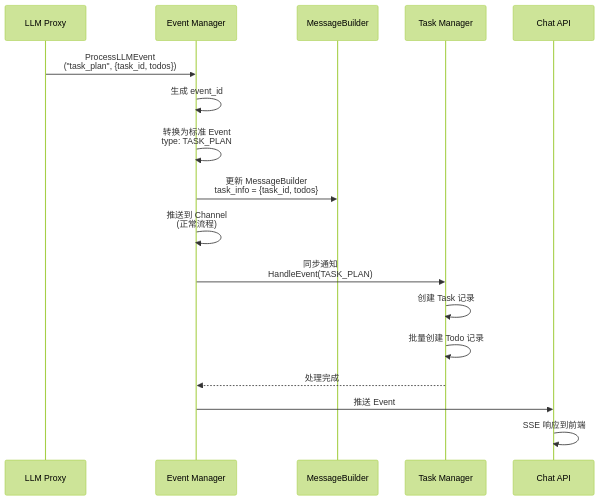
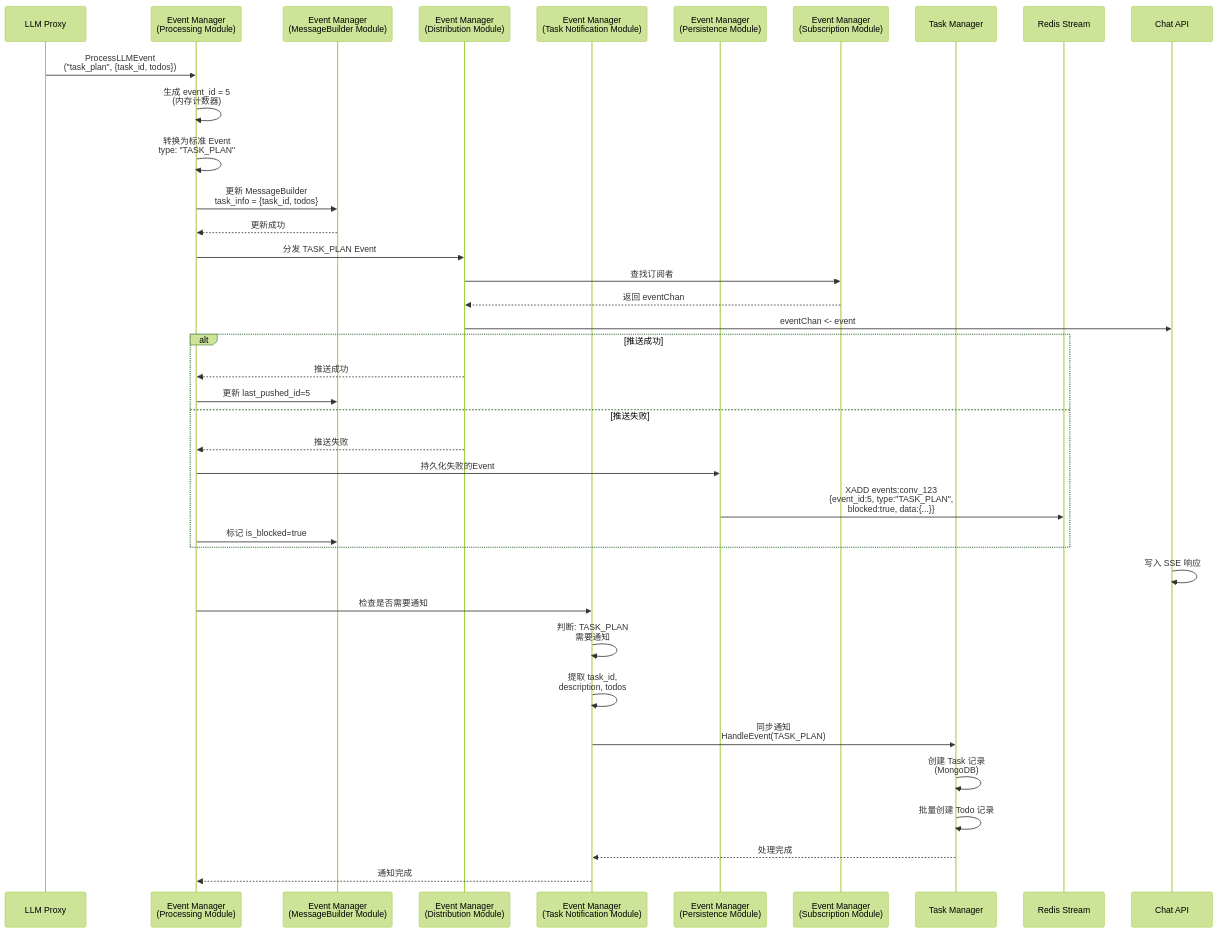
One commit to yingjianzh/iodraw-files changed the diagram in all/未命名-10.md. Above: the diagram before and after it, drawn with Mermaid (forest theme).

Commit message:
2025-12-24 11:12:51 update

````diff
--- a/all/未命名-10.md
+++ b/all/未命名-10.md
@@ -1,25 +1,51 @@
 ```mermaid
 sequenceDiagram
     participant LLMProxy as LLM Proxy
-    participant EventMgr as Event Manager
-    participant Builder as MessageBuilder
+    participant ProcMod as Event Manager<br/>(Processing Module)
+    participant BuilderMod as Event Manager<br/>(MessageBuilder Module)
+    participant DistribMod as Event Manager<br/>(Distribution Module)
+    participant TaskNotifMod as Event Manager<br/>(Task Notification Module)
+    participant PersistMod as Event Manager<br/>(Persistence Module)
+    participant SubMod as Event Manager<br/>(Subscription Module)
     participant TaskMgr as Task Manager
+    participant Redis as Redis Stream
     participant ChatAPI as Chat API
 
-    LLMProxy->>EventMgr: ProcessLLMEvent<br/>("task_plan", {task_id, todos})
+    LLMProxy->>ProcMod: ProcessLLMEvent<br/>("task_plan", {task_id, todos})
 
-    EventMgr->>EventMgr: 生成 event_id
-    EventMgr->>EventMgr: 转换为标准 Event<br/>type: TASK_PLAN
+    ProcMod->>ProcMod: 生成 event_id = 5<br/>(内存计数器)
     
-    EventMgr->>Builder: 更新 MessageBuilder<br/>task_info = {task_id, todos}
+    ProcMod->>ProcMod: 转换为标准 Event<br/>type: "TASK_PLAN"
     
-    EventMgr->>EventMgr: 推送到 Channel<br/>(正常流程)
+    ProcMod->>BuilderMod: 更新 MessageBuilder<br/>task_info = {task_id, todos}
+    BuilderMod-->>ProcMod: 更新成功
     
-    EventMgr->>TaskMgr: 同步通知<br/>HandleEvent(TASK_PLAN)
-    TaskMgr->>TaskMgr: 创建 Task 记录
+    ProcMod->>DistribMod: 分发 TASK_PLAN Event
+    DistribMod->>SubMod: 查找订阅者
+    SubMod-->>DistribMod: 返回 eventChan
+    DistribMod->>ChatAPI: eventChan <- event
+    
+    alt 推送成功
+        DistribMod-->>ProcMod: 推送成功
+        ProcMod->>BuilderMod: 更新 last_pushed_id=5
+    else 推送失败
+        DistribMod-->>ProcMod: 推送失败
+        ProcMod->>PersistMod: 持久化失败的Event
+        PersistMod->>Redis: XADD events:conv_123<br/>{event_id:5, type:"TASK_PLAN",<br/>blocked:true, data:{...}}
+        ProcMod->>BuilderMod: 标记 is_blocked=true
+    end
+    
+    ChatAPI->>ChatAPI: 写入 SSE 响应
+    
+    ProcMod->>TaskNotifMod: 检查是否需要通知
+    TaskNotifMod->>TaskNotifMod: 判断: TASK_PLAN<br/>需要通知
+    
+    TaskNotifMod->>TaskNotifMod: 提取 task_id,<br/>description, todos
+    
+    TaskNotifMod->>TaskMgr: 同步通知<br/>HandleEvent(TASK_PLAN)
+    TaskMgr->>TaskMgr: 创建 Task 记录<br/>(MongoDB)
     TaskMgr->>TaskMgr: 批量创建 Todo 记录
-    TaskMgr-->>EventMgr: 处理完成
+    TaskMgr-->>TaskNotifMod: 处理完成
     
-    EventMgr->>ChatAPI: 推送 Event
-    ChatAPI->>ChatAPI: SSE 响应到前端
+    TaskNotifMod-->>ProcMod: 通知完成
 ```
````
